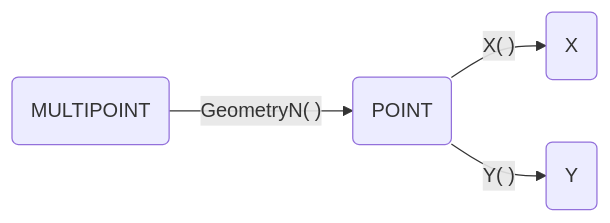
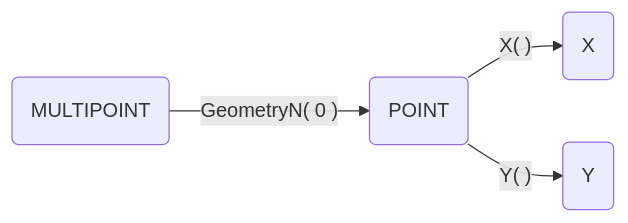
Before and after one commit to tsamsonov/gis-course: the third of 3 diagrams in adv_01_Features.qmd, drawn with Mermaid. The commit also changed other lines of this file and 16 other files, not shown here.

````diff
--- a/adv_01_Features.qmd
+++ b/adv_01_Features.qmd
@@ -573,7 +634,7 @@
 ```{mermaid}
 %%| fig-width: 9
 flowchart LR
-  A(MULTIPOINT) -->|"GeometryN( )"| B(POINT)
+  A(MULTIPOINT) -->|"GeometryN( 0 )"| B(POINT)
   B -->|"X( )"| C(X)
   B -->|"Y( )"| D(Y)
 ```
````
